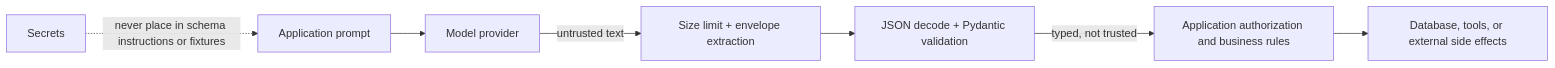
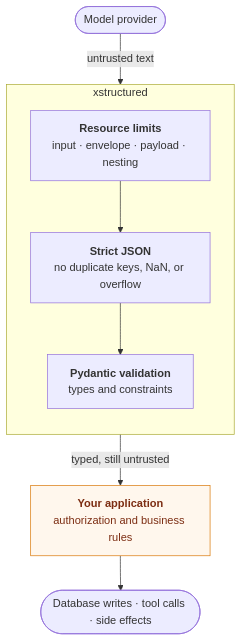
One commit to smuniharish/xstructured changed the diagram in diagrams/security-boundaries.mmd. Above: the diagram before and after it, drawn with Mermaid. The commit also changed 187 other files, not shown here.

```diff
--- a/diagrams/security-boundaries.mmd
+++ b/diagrams/security-boundaries.mmd
@@ -1,7 +1,18 @@
-flowchart LR
-    Prompt["Application prompt"] --> Provider["Model provider"]
-    Provider -->|"untrusted text"| Limits["Size limit + envelope extraction"]
-    Limits --> Validation["JSON decode + Pydantic validation"]
-    Validation -->|"typed, not trusted"| Policy["Application authorization and business rules"]
-    Policy --> SideEffect["Database, tools, or external side effects"]
-    Secrets["Secrets"] -. "never place in schema instructions or fixtures" .-> Prompt
+flowchart TB
+    provider(["Model provider"]) -->|"untrusted text"| xs
+    subgraph xs ["xstructured"]
+        direction TB
+        limits["`**Resource limits**
+        input · envelope · payload · nesting`"]
+        strict["`**Strict JSON**
+        no duplicate keys, NaN, or overflow`"]
+        pydantic["`**Pydantic validation**
+        types and constraints`"]
+        limits --> strict --> pydantic
+    end
+    xs -->|"typed, still untrusted"| policy["`**Your application**
+    authorization and business rules`"]
+    policy --> effects(["Database writes · tool calls · side effects"])
+
+    classDef app fill:#FFF7ED,stroke:#D97706,color:#7C2D12
+    class policy app
```
